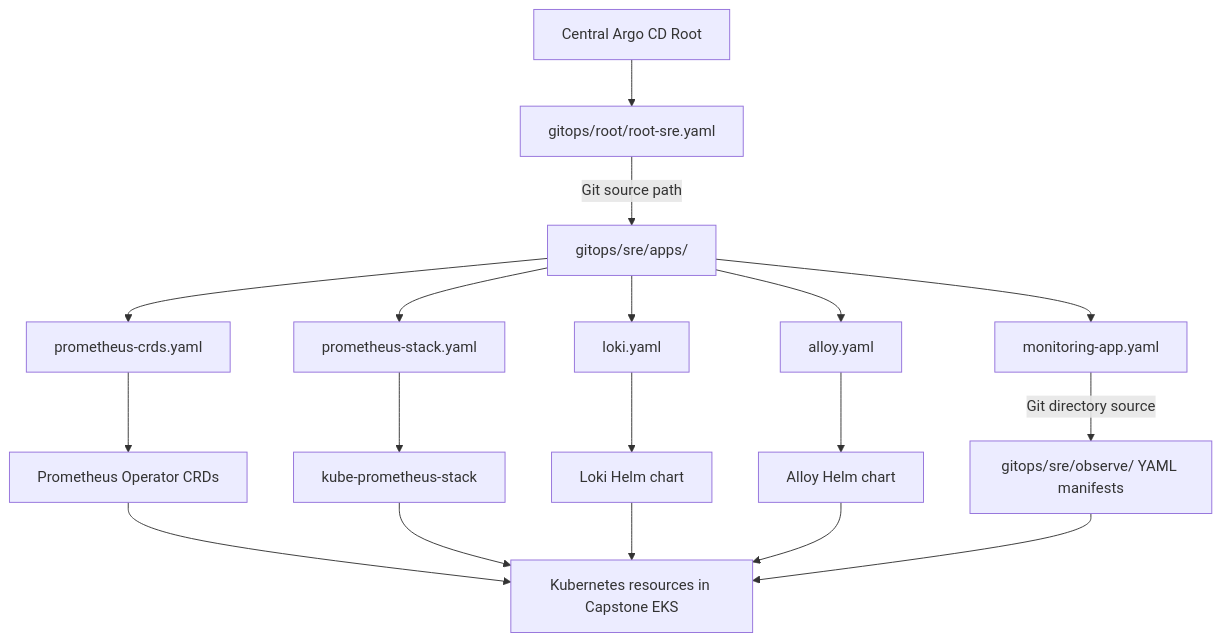
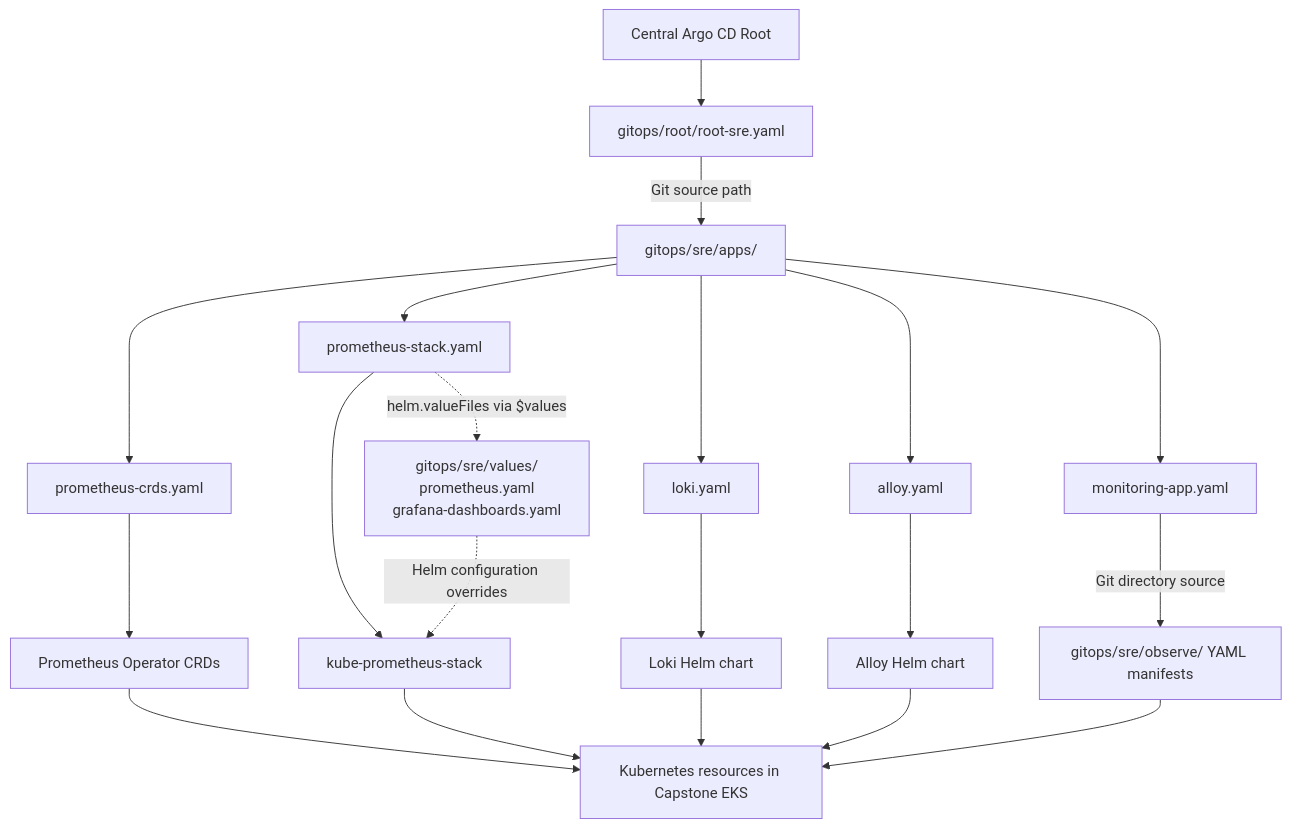
One commit to eugenewongyj/cloud-ntu-capstone-group2-infra changed the fourth of 4 diagrams in gitops/sre/README.md. Above: the diagram before and after it, drawn with Mermaid. The commit also changed other lines of this file and 5 other files, not shown here.

Commit message:
refactor(sre): separate Prometheus Helm values from Argo CD apps

````diff
--- a/gitops/sre/README.md
+++ b/gitops/sre/README.md
@@ -633,42 +639,45 @@
 ```mermaid
 flowchart TD
     ROOT["Central Argo CD Root"]
     RS["gitops/root/root-sre.yaml"]
     DEP["gitops/sre/apps/"]
 
     CRD["prometheus-crds.yaml"]
     PROM["prometheus-stack.yaml"]
     LOKI["loki.yaml"]
     ALLOY["alloy.yaml"]
     MON["monitoring-app.yaml"]
 
     CRDCH["Prometheus Operator CRDs"]
     PROMCH["kube-prometheus-stack"]
+    VALUES["gitops/sre/values/<br/>prometheus.yaml<br/>grafana-dashboards.yaml"]
     LOKICH["Loki Helm chart"]
     ALLOYCH["Alloy Helm chart"]
 
     OBS["gitops/sre/observe/ YAML manifests"]
     K8S["Kubernetes resources in Capstone EKS"]
 
     ROOT --> RS
     RS -->|"Git source path"| DEP
 
     DEP --> CRD
     DEP --> PROM
     DEP --> LOKI
     DEP --> ALLOY
     DEP --> MON
 
     CRD --> CRDCH
     PROM --> PROMCH
+    PROM -.->|"helm.valueFiles via $values"| VALUES
+    VALUES -.->|"Helm configuration overrides"| PROMCH
     LOKI --> LOKICH
     ALLOY --> ALLOYCH
 
     CRDCH --> K8S
     PROMCH --> K8S
     LOKICH --> K8S
     ALLOYCH --> K8S
 
     MON -->|"Git directory source"| OBS
     OBS --> K8S
 ```
````
